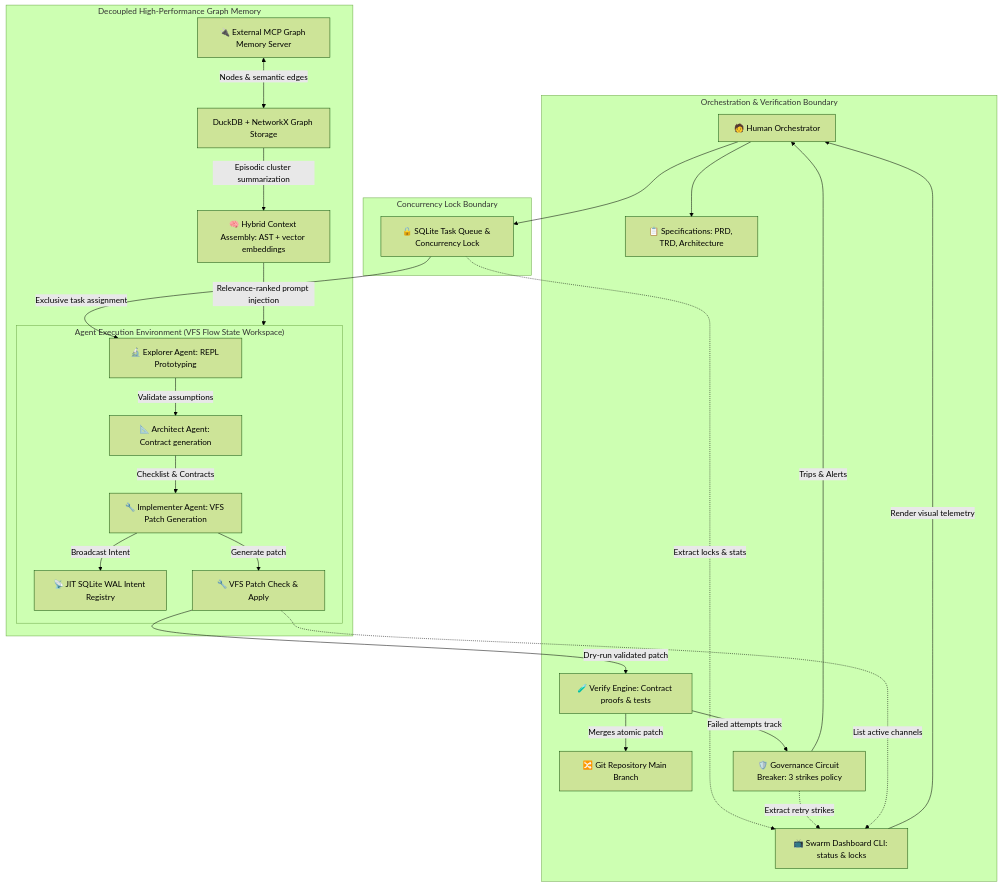
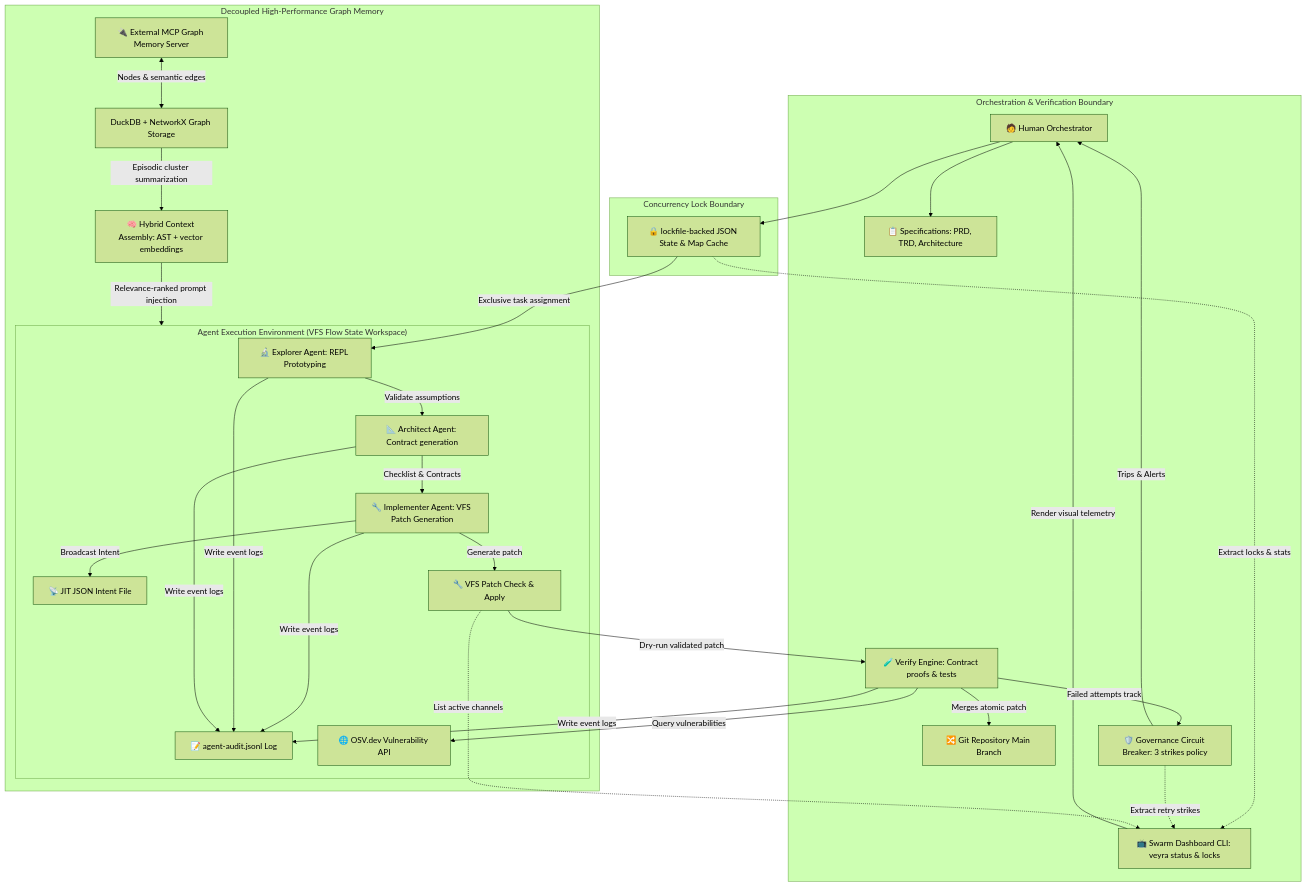
Before and after one commit to VINYASGM/antiskills: the first of 3 diagrams in Architecture.md, drawn with Mermaid (forest theme). The commit also changed other lines of this file and 30 other files, not shown here.

````diff
--- a/Architecture.md
+++ b/Architecture.md
@@ -16,35 +16,41 @@
 ```mermaid
 graph TD
     subgraph ACE["Orchestration & Verification Boundary"]
         H["🧑 Human Orchestrator"]
         H --> SPEC["📋 Specifications: PRD, TRD, Architecture"]
         VERIFY["🧪 Verify Engine: Contract proofs & tests"] -->|Merges atomic patch| GIT_HEAD["🔀 Git Repository Main Branch"]
         GOV["🛡️ Governance Circuit Breaker: 3 strikes policy"] -->|Trips & Alerts| H
-        DASHBOARD["📺 Swarm Dashboard CLI: status & locks"] -->|Render visual telemetry| H
+        DASHBOARD["📺 Swarm Dashboard CLI: veyra status & locks"] -->|Render visual telemetry| H
     end
 
     subgraph AEE["Agent Execution Environment (VFS Flow State Workspace)"]
         EXPLORER["🔬 Explorer Agent: REPL Prototyping"] -->|Validate assumptions| ARCHITECT["📐 Architect Agent: Contract generation"]
         ARCHITECT -->|Checklist & Contracts| IMPLEMENTER["🔧 Implementer Agent: VFS Patch Generation"]
-        IMPLEMENTER -->|Broadcast Intent| INTENT["📡 JIT SQLite WAL Intent Registry"]
+        IMPLEMENTER -->|Broadcast Intent| INTENT["📡 JIT JSON Intent File"]
         IMPLEMENTER -->|Generate patch| PATCH["🔧 VFS Patch Check & Apply"]
         PATCH -->|Dry-run validated patch| VERIFY
+        
+        %% Audit logging flow
+        IMPLEMENTER & EXPLORER & ARCHITECT & VERIFY -->|Write event logs| AUDIT["📝 agent-audit.jsonl Log"]
+        
+        %% Supply Chain Check flow
+        VERIFY -->|Query vulnerabilities| OSV["🌐 OSV.dev Vulnerability API"]
     end
 
     subgraph MEM["Decoupled High-Performance Graph Memory"]
         MCP_GRAPH["🔌 External MCP Graph Memory Server"] <-->|Nodes & semantic edges| DUCK_NX["DuckDB + NetworkX Graph Storage"]
         DUCK_NX -->|Episodic cluster summarization| CONTEXT["🧠 Hybrid Context Assembly: AST + vector embeddings"]
         CONTEXT -->|Relevance-ranked prompt injection| AEE
     end
 
     subgraph TQ["Concurrency Lock Boundary"]
-        DB_QUEUE["🔒 SQLite Task Queue & Concurrency Lock"]
+        JSON_DB["🔒 lockfile-backed JSON State & Map Cache"]
     end
 
-    H --> DB_QUEUE
-    DB_QUEUE -->|Exclusive task assignment| EXPLORER
+    H --> JSON_DB
+    JSON_DB -->|Exclusive task assignment| EXPLORER
     VERIFY -->|Failed attempts track| GOV
-    DB_QUEUE -.->|Extract locks & stats| DASHBOARD
+    JSON_DB -.->|Extract locks & stats| DASHBOARD
     GOV -.->|Extract retry strikes| DASHBOARD
     PATCH -.->|List active channels| DASHBOARD
 ```
````
